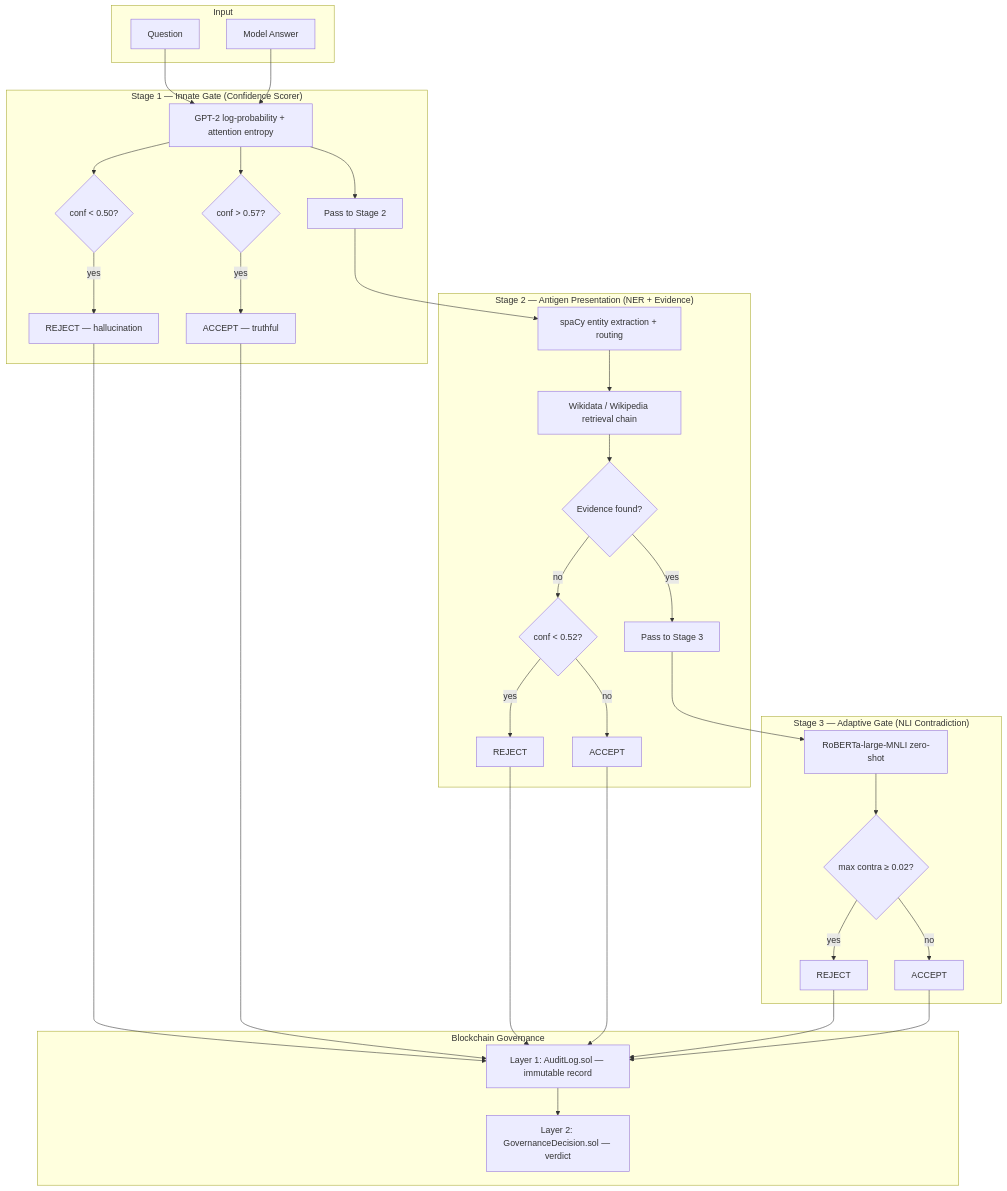
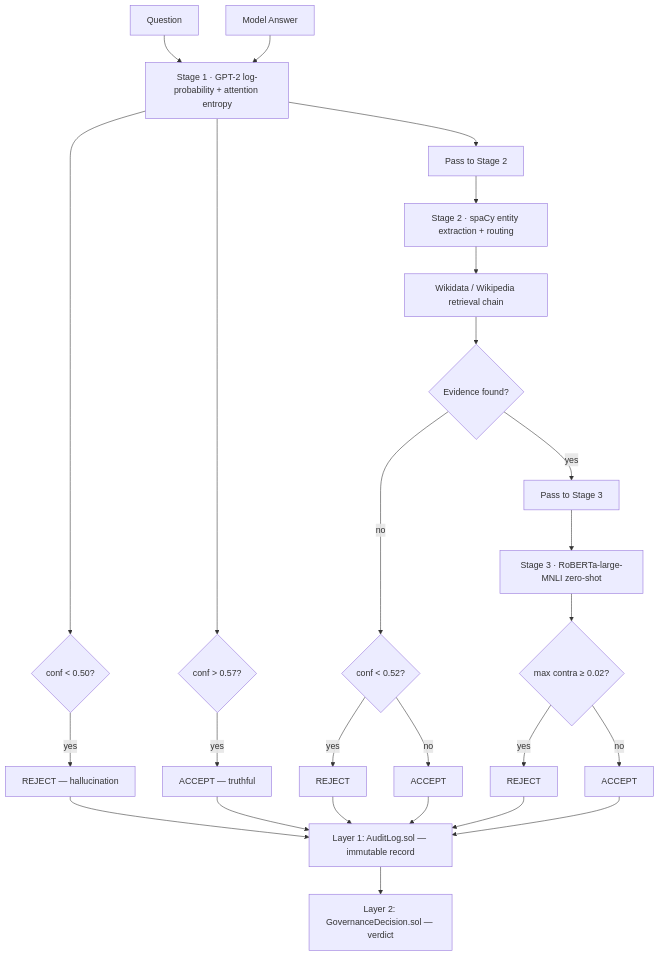
Before and after one commit to Sharann-del/Bio-Inspired-AI-Hallucination-Suppression: the first of 2 diagrams in README.md, drawn with Mermaid. The commit also changed other lines of this file, not shown here.

Commit message:
README.md update

````diff
--- a/README.md
+++ b/README.md
@@ -41,45 +41,35 @@
 ```mermaid
 flowchart TB
-    subgraph Input
-        Q[Question]
-        A[Model Answer]
-    end
+    Q[Question]
+    A[Model Answer]
 
-    subgraph Stage1["Stage 1 — Innate Gate (Confidence Scorer)"]
-        CS[GPT-2 log-probability + attention entropy]
-        CS --> ER{conf < 0.50?}
-        ER -->|yes| R1[REJECT — hallucination]
-        CS --> EA{conf > 0.57?}
-        EA -->|yes| A1[ACCEPT — truthful]
-        CS --> MID[Pass to Stage 2]
-    end
+    CS["Stage 1 · GPT-2 log-probability + attention entropy"]
+    CS --> ER{conf < 0.50?}
+    ER -->|yes| R1[REJECT — hallucination]
+    CS --> EA{conf > 0.57?}
+    EA -->|yes| A1[ACCEPT — truthful]
+    CS --> MID[Pass to Stage 2]
 
-    subgraph Stage2["Stage 2 — Antigen Presentation (NER + Evidence)"]
-        NER[spaCy entity extraction + routing]
-        NER --> RET[Wikidata / Wikipedia retrieval chain]
-        RET --> NE{Evidence found?}
-        NE -->|no| NEV{conf < 0.52?}
-        NEV -->|yes| R2[REJECT]
-        NEV -->|no| A2[ACCEPT]
-        NE -->|yes| S3[Pass to Stage 3]
-    end
+    NER["Stage 2 · spaCy entity extraction + routing"]
+    NER --> RET[Wikidata / Wikipedia retrieval chain]
+    RET --> NE{Evidence found?}
+    NE -->|no| NEV{conf < 0.52?}
+    NEV -->|yes| R2[REJECT]
+    NEV -->|no| A2[ACCEPT]
+    NE -->|yes| S3[Pass to Stage 3]
 
-    subgraph Stage3["Stage 3 — Adaptive Gate (NLI Contradiction)"]
-        NLI[RoBERTa-large-MNLI zero-shot]
-        NLI --> CT{max contra ≥ 0.02?}
-        CT -->|yes| R3[REJECT]
-        CT -->|no| A3[ACCEPT]
-    end
+    NLI["Stage 3 · RoBERTa-large-MNLI zero-shot"]
+    NLI --> CT{max contra ≥ 0.02?}
+    CT -->|yes| R3[REJECT]
+    CT -->|no| A3[ACCEPT]
 
-    subgraph Audit["Blockchain Governance"]
-        L1[Layer 1: AuditLog.sol — immutable record]
-        L2[Layer 2: GovernanceDecision.sol — verdict]
-    end
+    L1[Layer 1: AuditLog.sol — immutable record]
+    L2[Layer 2: GovernanceDecision.sol — verdict]
 
     Q --> CS
     A --> CS
     MID --> NER
     S3 --> NLI
     R1 & A1 & R2 & A2 & R3 & A3 --> L1
     L1 --> L2
 ```
````
